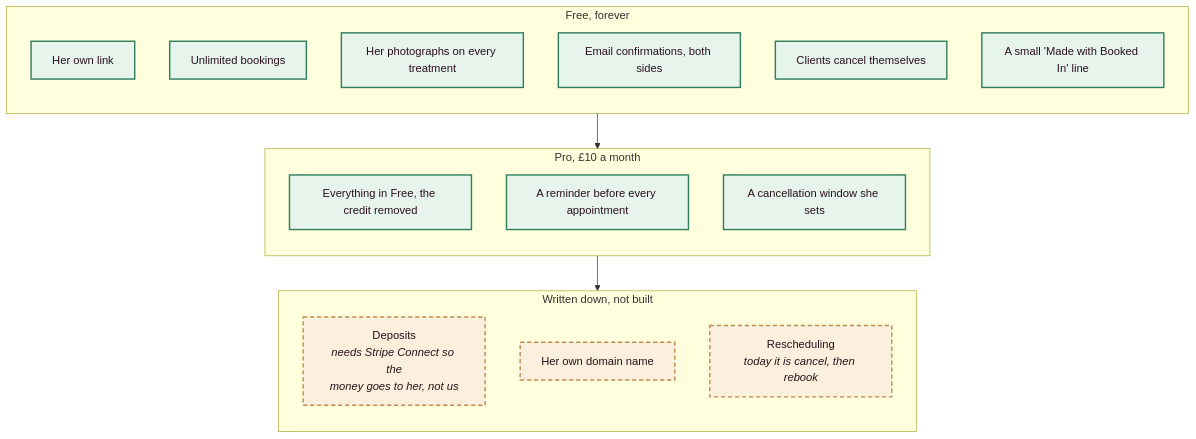
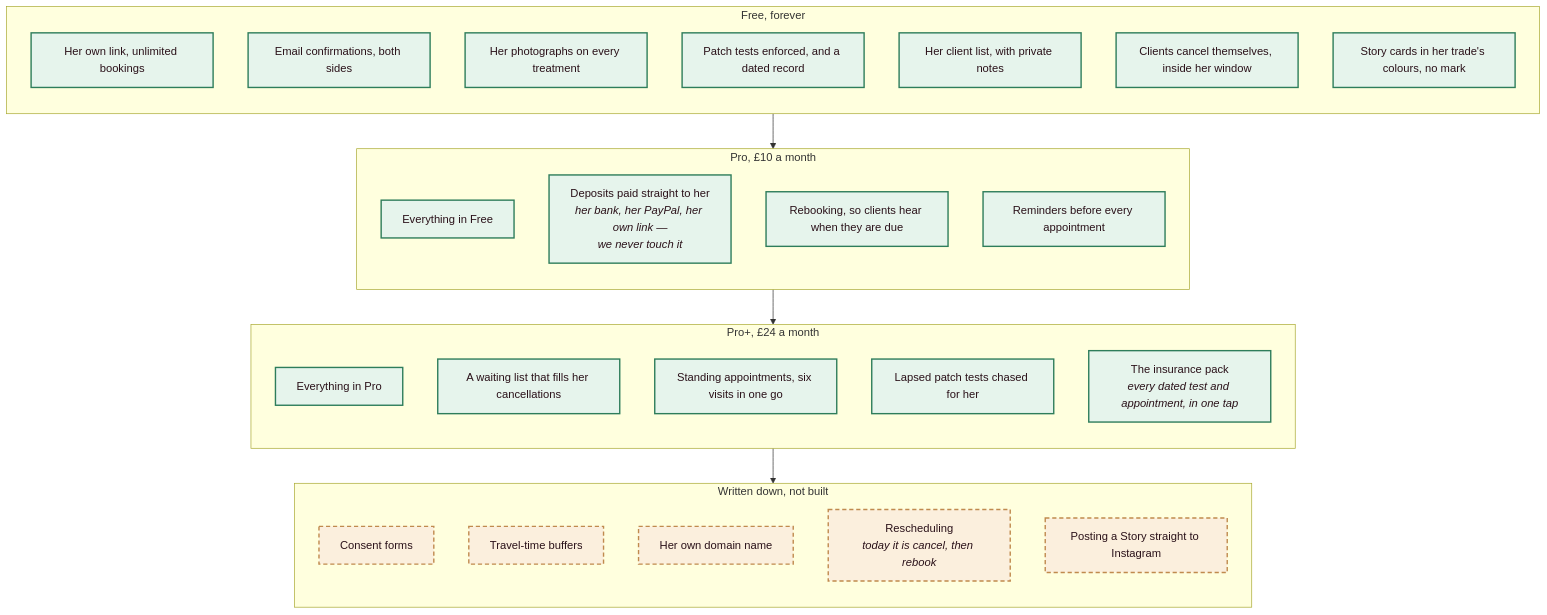
Before and after one commit to yameenbux/Peony-Beauty-Platform: the diagram in assets/diagrams/05-built-and-not.mmd, drawn with Mermaid. The commit also changed 8 other files, not shown here.

```diff
--- a/assets/diagrams/05-built-and-not.mmd
+++ b/assets/diagrams/05-built-and-not.mmd
@@ -1,31 +1,44 @@
 flowchart TB
     subgraph FREE["Free, forever"]
         direction TB
-        F1["Her own link"]
-        F2["Unlimited bookings"]
+        F1["Her own link, unlimited bookings"]
+        F2["Email confirmations, both sides"]
         F3["Her photographs on every treatment"]
-        F4["Email confirmations, both sides"]
-        F5["Clients cancel themselves"]
-        F6["A small 'Made with Booked In' line"]
+        F4["Patch tests enforced, and a dated record"]
+        F5["Her client list, with private notes"]
+        F6["Clients cancel themselves, inside her window"]
+        F7["Story cards in her trade's colours, no mark"]
     end
 
     subgraph PRO["Pro, £10 a month"]
         direction TB
-        P1["Everything in Free, the credit removed"]
-        P2["A reminder before every appointment"]
-        P3["A cancellation window she sets"]
+        P1["Everything in Free"]
+        P2["Deposits paid straight to her<br/><i>her bank, her PayPal, her own link —<br/>we never touch it</i>"]
+        P3["Rebooking, so clients hear when they are due"]
+        P4["Reminders before every appointment"]
+    end
+
+    subgraph PLUS["Pro+, £24 a month"]
+        direction TB
+        X1["Everything in Pro"]
+        X2["A waiting list that fills her cancellations"]
+        X3["Standing appointments, six visits in one go"]
+        X4["Lapsed patch tests chased for her"]
+        X5["The insurance pack<br/><i>every dated test and appointment, in one tap</i>"]
     end
 
     subgraph NOT["Written down, not built"]
         direction TB
-        N1["Deposits<br/><i>needs Stripe Connect so the<br/>money goes to her, not us</i>"]
-        N2["Her own domain name"]
-        N3["Rescheduling<br/><i>today it is cancel, then rebook</i>"]
+        N1["Consent forms"]
+        N2["Travel-time buffers"]
+        N3["Her own domain name"]
+        N4["Rescheduling<br/><i>today it is cancel, then rebook</i>"]
+        N5["Posting a Story straight to Instagram"]
     end
 
-    FREE --> PRO --> NOT
+    FREE --> PRO --> PLUS --> NOT
 
     classDef bilive fill:#E6F4EC,stroke:#2E7D5B,stroke-width:2px,color:#2A1119
     classDef bitodo fill:#FBEFDD,stroke:#C08A4E,stroke-width:2px,stroke-dasharray:6 4,color:#2A1119
-    class F1,F2,F3,F4,F5,F6,P1,P2,P3 bilive
-    class N1,N2,N3 bitodo
+    class F1,F2,F3,F4,F5,F6,F7,P1,P2,P3,P4,X1,X2,X3,X4,X5 bilive
+    class N1,N2,N3,N4,N5 bitodo
```
